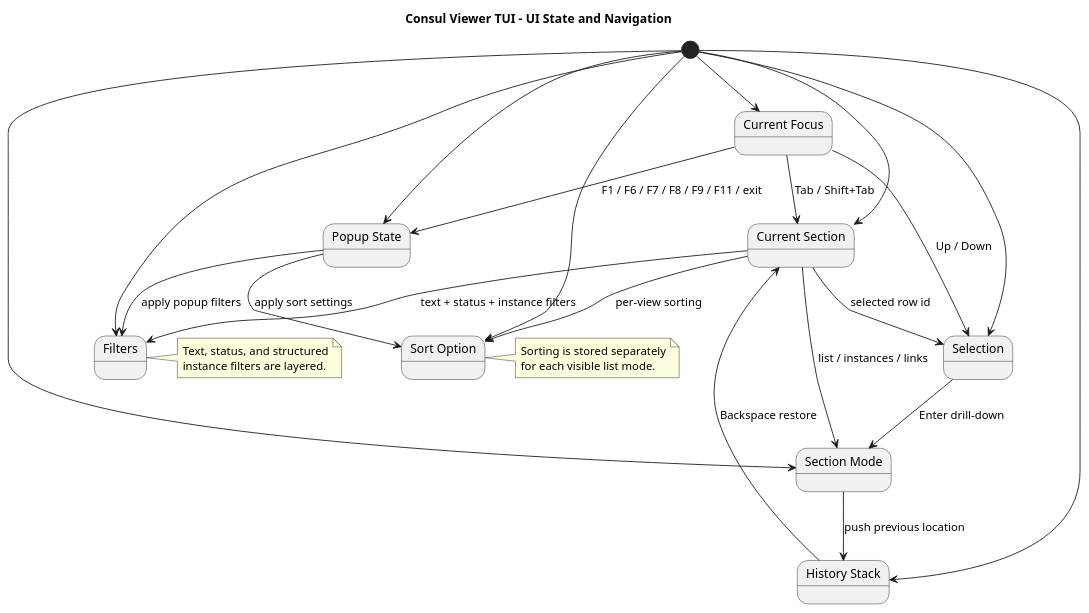
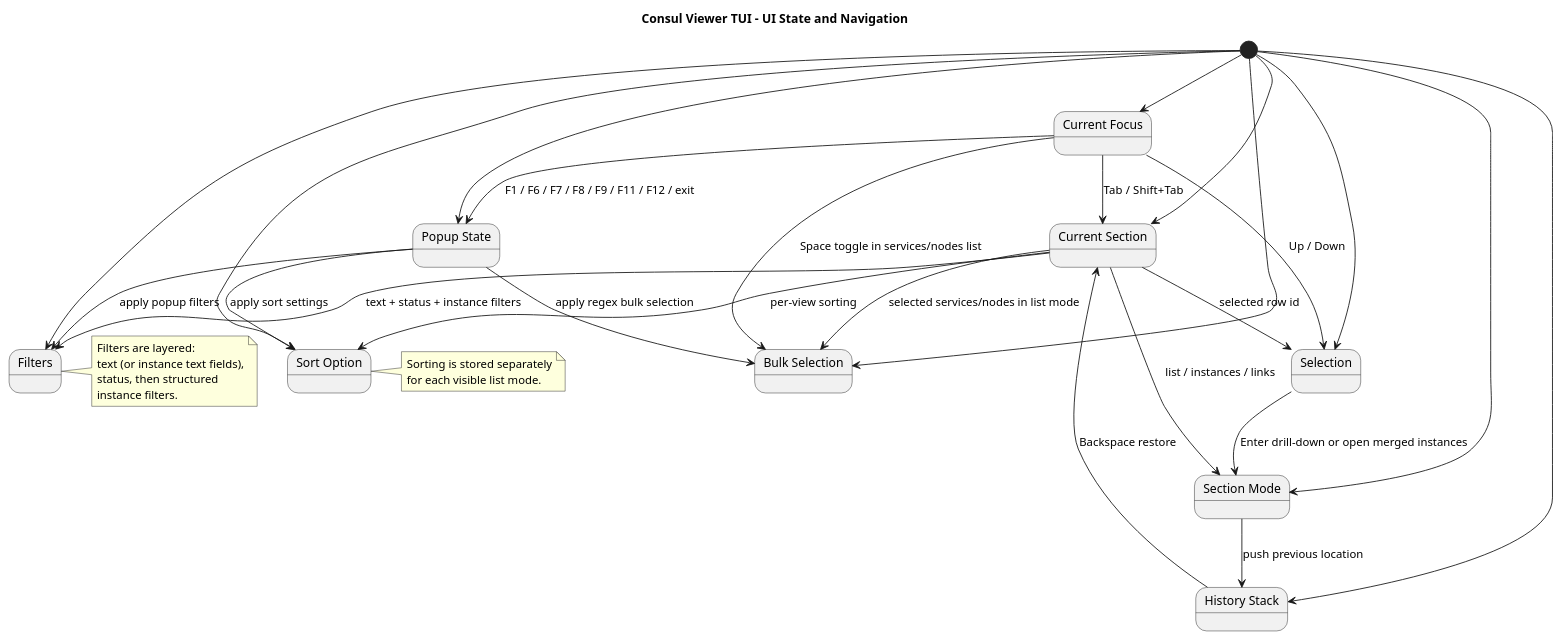
One commit to dtarasov7/consul-viewer changed the diagram in diagramms/03-ui-state-and-navigation.puml. Above: the diagram before and after it, drawn with PlantUML. The commit also changed 15 other files, not shown here.

```diff
--- a/diagramms/03-ui-state-and-navigation.puml
+++ b/diagramms/03-ui-state-and-navigation.puml
@@ -1,49 +1,56 @@
 @startuml
 title Consul Viewer TUI - UI State and Navigation
 
 skinparam shadowing false
 
 state "Current Section" as Section
 state "Current Focus" as Focus
 state "Section Mode" as Mode
 state "Selection" as Selection
 state "History Stack" as History
 state "Filters" as Filters
+state "Bulk Selection" as Bulk
 state "Sort Option" as Sort
 state "Popup State" as Popup
 
 [*] --> Section
 [*] --> Focus
 [*] --> Mode
 [*] --> Selection
 [*] --> History
 [*] --> Filters
+[*] --> Bulk
 [*] --> Sort
 [*] --> Popup
 
 Section --> Mode : list / instances / links
 Section --> Selection : selected row id
 Section --> Filters : text + status + instance filters
+Section --> Bulk : selected services/nodes in list mode
 Section --> Sort : per-view sorting
 
 Focus --> Section : Tab / Shift+Tab
 Focus --> Selection : Up / Down
-Focus --> Popup : F1 / F6 / F7 / F8 / F9 / F11 / exit
+Focus --> Popup : F1 / F6 / F7 / F8 / F9 / F11 / F12 / exit
+Focus --> Bulk : Space toggle in services/nodes list
 
-Selection --> Mode : Enter drill-down
+Selection --> Mode : Enter drill-down or open merged instances
 Mode --> History : push previous location
 History --> Section : Backspace restore
 Popup --> Filters : apply popup filters
+Popup --> Bulk : apply regex bulk selection
 Popup --> Sort : apply sort settings
 
 note right of Filters
-Text, status, and structured
-instance filters are layered.
+Filters are layered:
+text (or instance text fields),
+status, then structured
+instance filters.
 end note
 
 note right of Sort
 Sorting is stored separately
 for each visible list mode.
 end note
 
 @enduml
```
